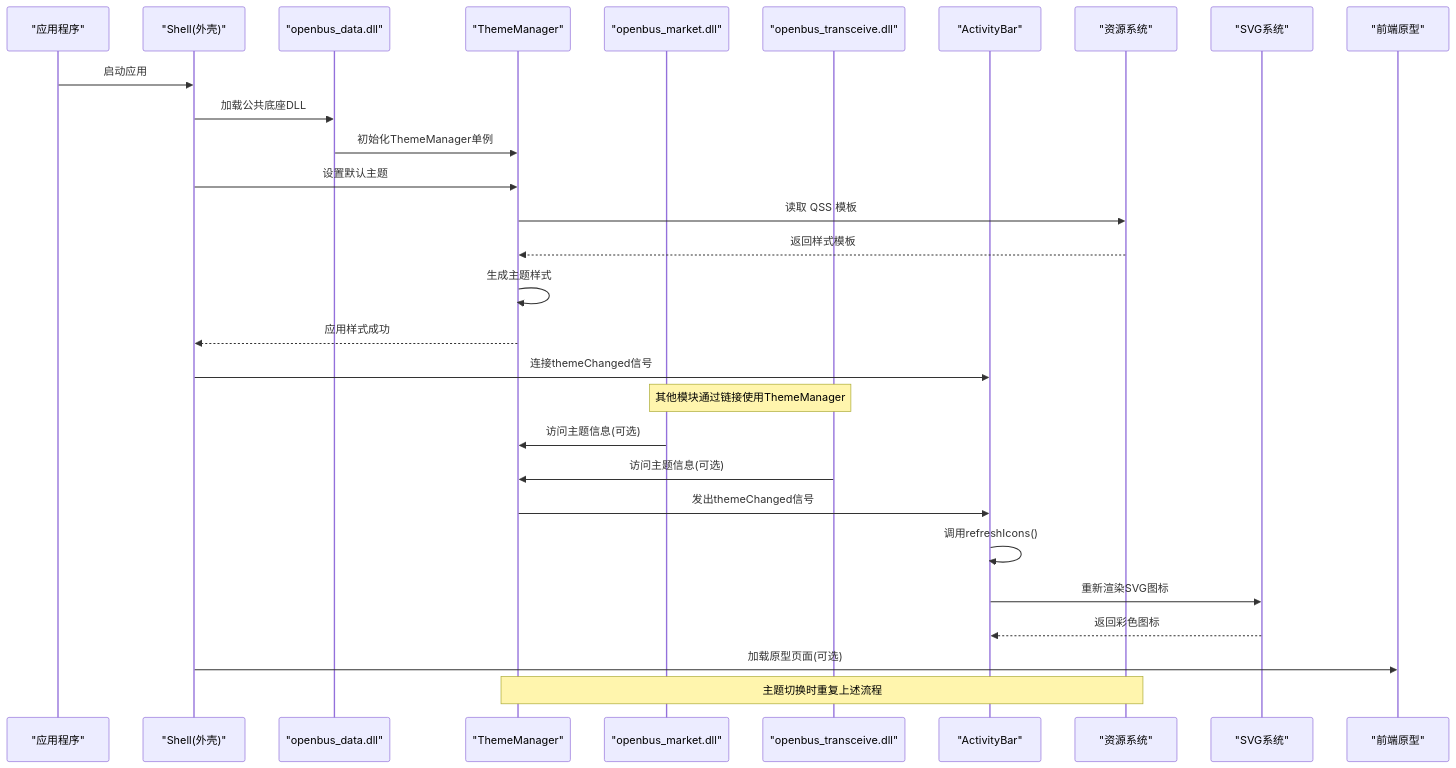
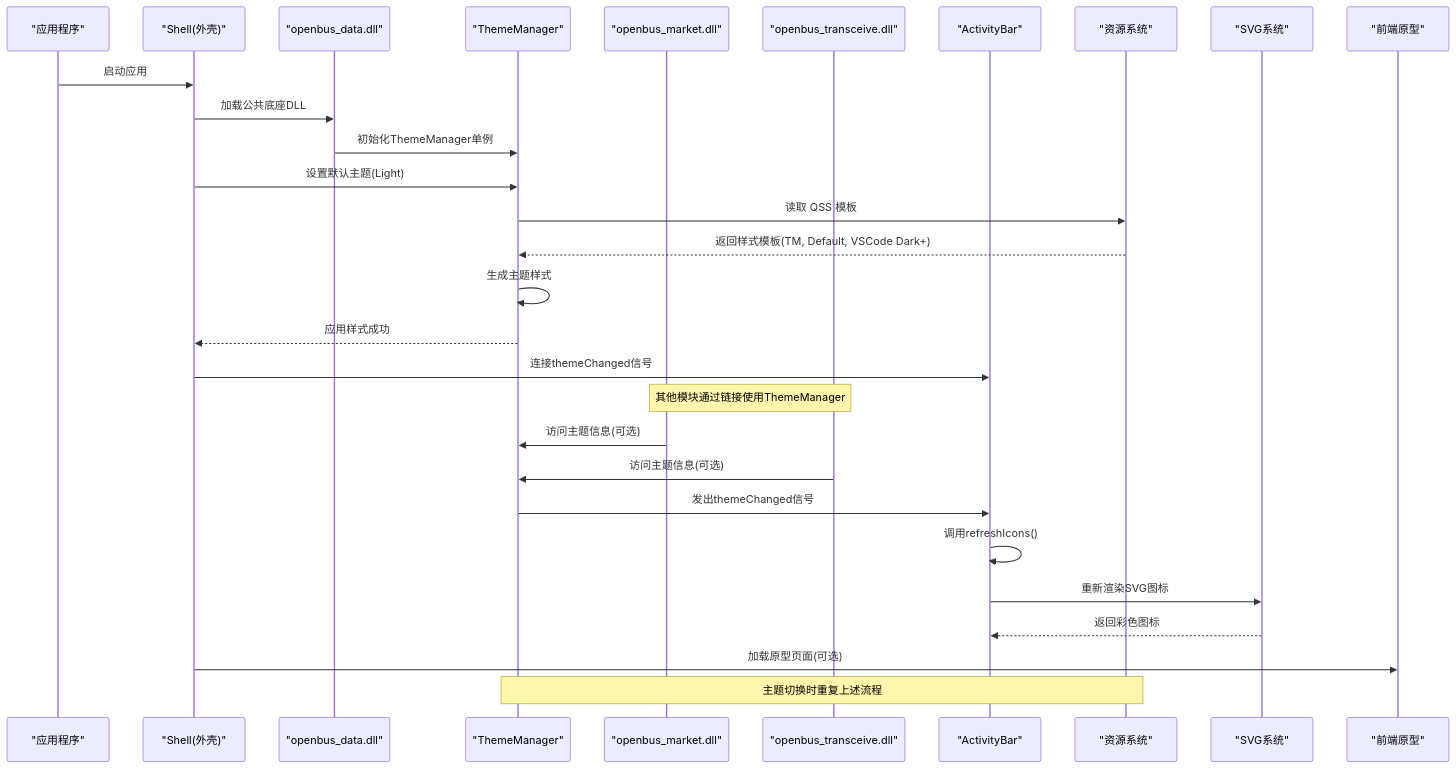
Before and after one commit to jakecai1225-design/OpenBus: the second of 7 diagrams in .qoder/repowiki/zh/content/样式系统/主题管理系统.md, drawn with Mermaid. The commit also changed other lines of this file and 151 other files, not shown here.

````diff
--- a/.qoder/repowiki/zh/content/样式系统/主题管理系统.md
+++ b/.qoder/repowiki/zh/content/样式系统/主题管理系统.md
@@ -157,31 +164,31 @@
 ```mermaid
 sequenceDiagram
 participant App as "应用程序"
 participant Shell as "Shell(外壳)"
 participant DataDLL as "openbus_data.dll"
 participant TM as "ThemeManager"
 participant MarketDLL as "openbus_market.dll"
 participant TransceiveDLL as "openbus_transceive.dll"
 participant AB as "ActivityBar"
 participant RES as "资源系统"
 participant SVG as "SVG系统"
 participant UI as "前端原型"
 App->>Shell : 启动应用
 Shell->>DataDLL : 加载公共底座DLL
 DataDLL->>TM : 初始化ThemeManager单例
-Shell->>TM : 设置默认主题
+Shell->>TM : 设置默认主题(Light)
 TM->>RES : 读取 QSS 模板
-RES-->>TM : 返回样式模板
+RES-->>TM : 返回样式模板(TM, Default, VSCode Dark+)
 TM->>TM : 生成主题样式
 TM-->>Shell : 应用样式成功
 Shell->>AB : 连接themeChanged信号
 Note over MarketDLL,TransceiveDLL : 其他模块通过链接使用ThemeManager
 MarketDLL->>TM : 访问主题信息(可选)
 TransceiveDLL->>TM : 访问主题信息(可选)
 TM->>AB : 发出themeChanged信号
 AB->>AB : 调用refreshIcons()
 AB->>SVG : 重新渲染SVG图标
 SVG-->>AB : 返回彩色图标
 Shell->>UI : 加载原型页面(可选)
 Note over TM,RES : 主题切换时重复上述流程
 ```
````
